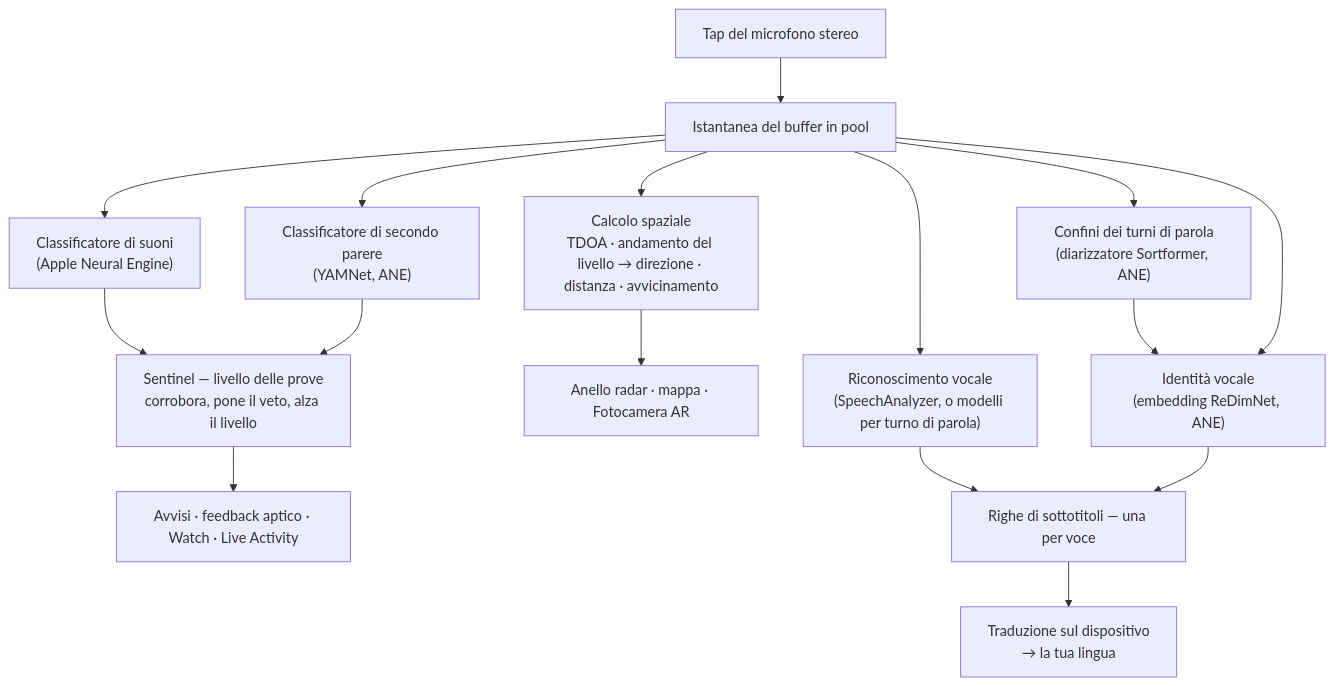
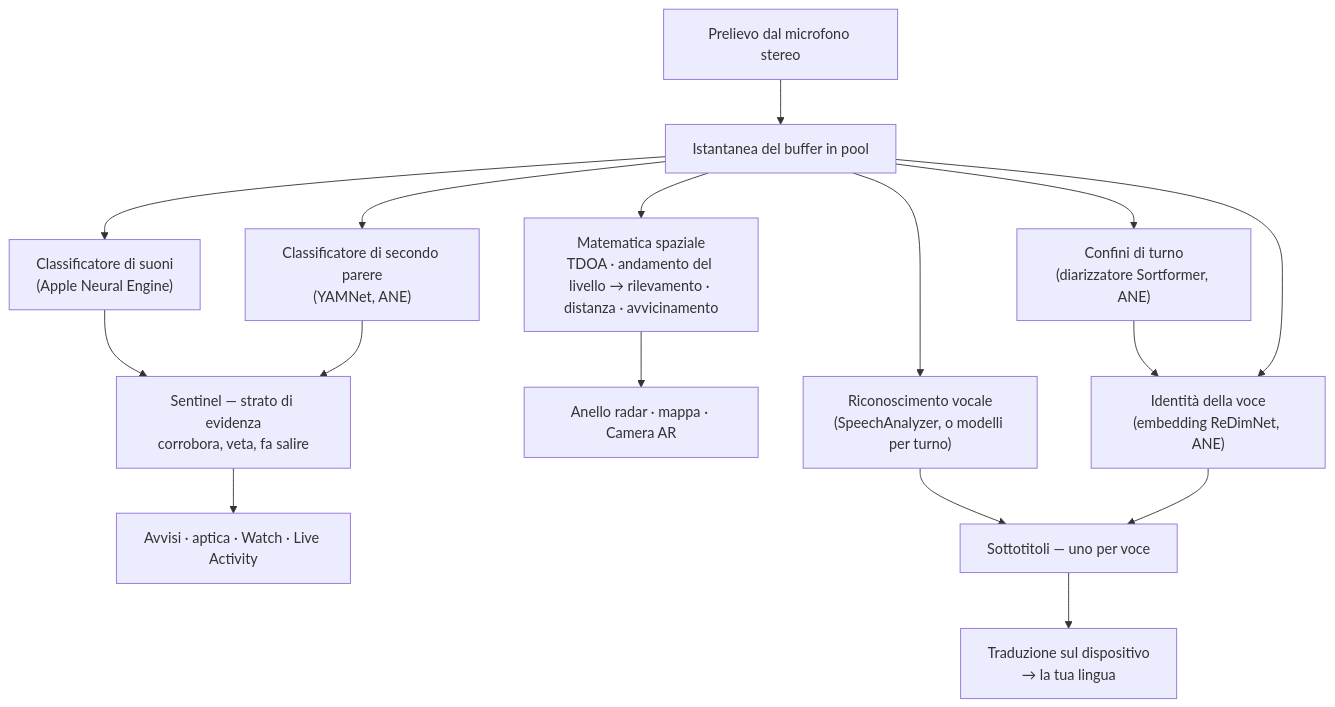
The second of 4 diagrams in README_it.md (rpalm01-star/VigilantEarLegal), drawn with Mermaid before and after one commit. The commit also changed other lines of this file and 14 other files, not shown here.

````diff
--- a/README_it.md
+++ b/README_it.md
@@ -145,18 +164,18 @@
 ```mermaid
 graph TD
-    A["Tap del microfono stereo"] --> B["Istantanea del buffer in pool"]
+    A["Prelievo dal microfono stereo"] --> B["Istantanea del buffer in pool"]
     B --> C["Classificatore di suoni<br/>(Apple Neural Engine)"]
     B --> Y["Classificatore di secondo parere<br/>(YAMNet, ANE)"]
-    C --> S["Sentinel — livello delle prove<br/>corrobora, pone il veto, alza il livello"]
+    C --> S["Sentinel — strato di evidenza<br/>corrobora, veta, fa salire"]
     Y --> S
-    S --> H["Avvisi · feedback aptico · Watch · Live Activity"]
-    B --> D["Calcolo spaziale<br/>TDOA · andamento del livello → direzione · distanza · avvicinamento"]
-    D --> R["Anello radar · mappa · Fotocamera AR"]
-    B --> F["Riconoscimento vocale<br/>(SpeechAnalyzer, o modelli per turno di parola)"]
-    B --> N["Confini dei turni di parola<br/>(diarizzatore Sortformer, ANE)"]
-    N --> E["Identità vocale<br/>(embedding ReDimNet, ANE)"]
+    S --> H["Avvisi · aptica · Watch · Live Activity"]
+    B --> D["Matematica spaziale<br/>TDOA · andamento del livello → rilevamento · distanza · avvicinamento"]
+    D --> R["Anello radar · mappa · Camera AR"]
+    B --> F["Riconoscimento vocale<br/>(SpeechAnalyzer, o modelli per turno)"]
+    B --> N["Confini di turno<br/>(diarizzatore Sortformer, ANE)"]
+    N --> E["Identità della voce<br/>(embedding ReDimNet, ANE)"]
     B --> E
-    F --> G["Righe di sottotitoli — una per voce"]
+    F --> G["Sottotitoli — uno per voce"]
     E --> G
     G --> T["Traduzione sul dispositivo<br/>→ la tua lingua"]
 ```
````
